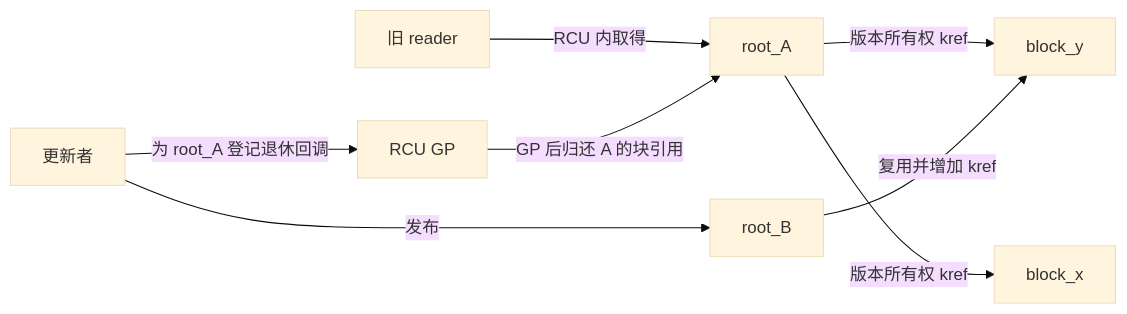
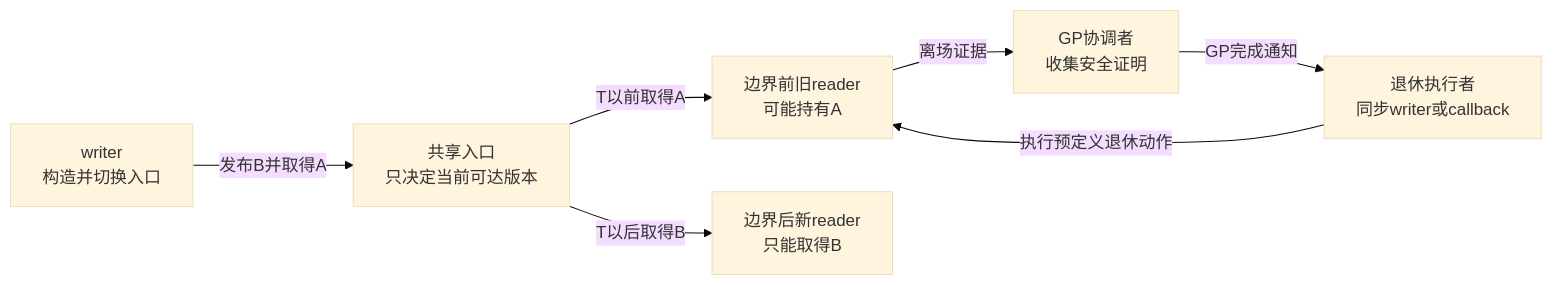
One commit to FormingSystem/linux_note changed the second of 3 diagrams in knowledge/linux/synchronization/rcu/P02_RCU_抽象机制推演.md. Above: the diagram before and after it, drawn with Mermaid (base theme). The commit also changed other lines of this file and 65 other files, not shown here.

````diff
--- a/knowledge/linux/synchronization/rcu/P02_RCU_抽象机制推演.md
+++ b/knowledge/linux/synchronization/rcu/P02_RCU_抽象机制推演.md
@@ -124,10 +171,16 @@
 ```mermaid
 flowchart LR
-    Reader["旧 reader"] -->|"RCU 内取得"| RootA["root_A"]
-    RootA -->|"版本所有权 kref"| X["block_x"]
-    RootA -->|"版本所有权 kref"| Y["block_y"]
-    Writer["更新者"] -->|"发布"| RootB["root_B"]
-    RootB -->|"复用并增加 kref"| Y
-    Writer -->|"为 root_A 登记退休回调"| GP["RCU GP"]
-    GP -->|"GP 后归还 A 的块引用"| RootA
+    W["writer<br/>构造并切换入口"]
+    E["共享入口<br/>只决定当前可达版本"]
+    OR["边界前旧reader<br/>可能持有A"]
+    NR["边界后新reader<br/>只能取得B"]
+    GP["GP协调者<br/>收集安全证明"]
+    RT["退休执行者<br/>同步writer或callback"]
+
+    W -->|"发布B并取得A"| E
+    E -->|"T以前取得A"| OR
+    E -->|"T以后取得B"| NR
+    OR -->|"离场证据"| GP
+    GP -->|"GP完成通知"| RT
+    RT -->|"执行预定义退休动作"| OR
 ```
````
